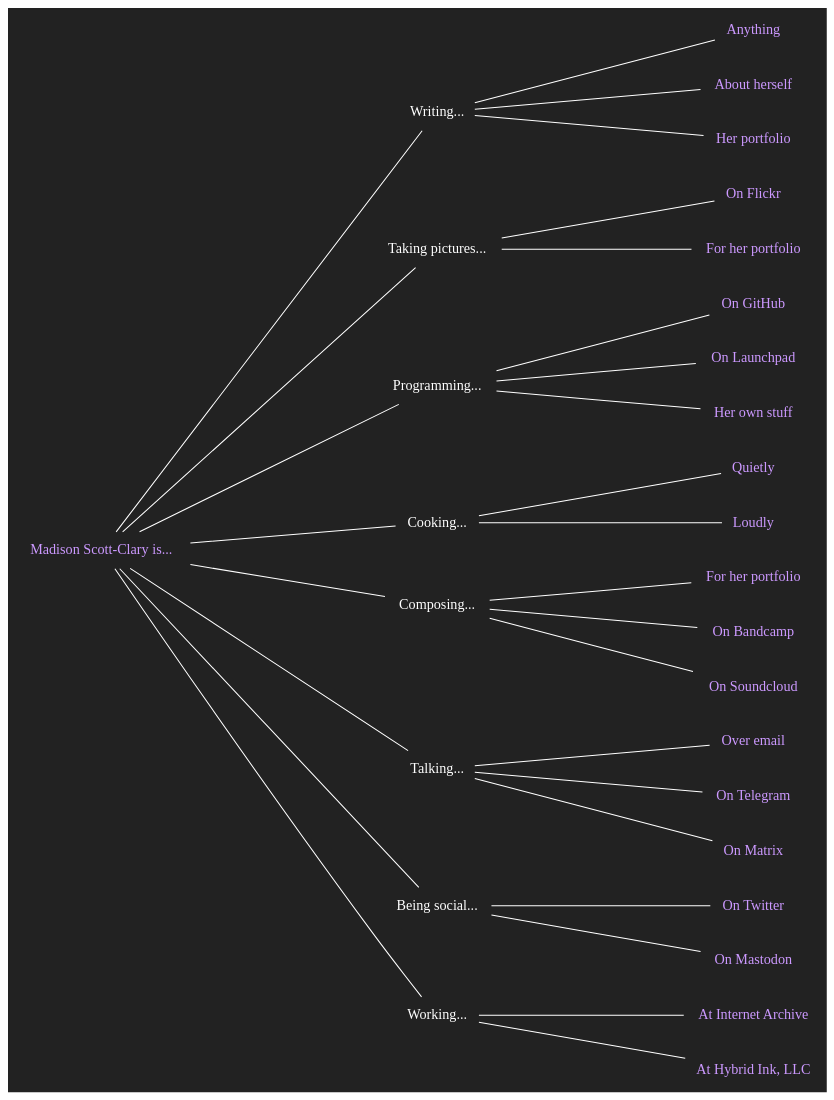
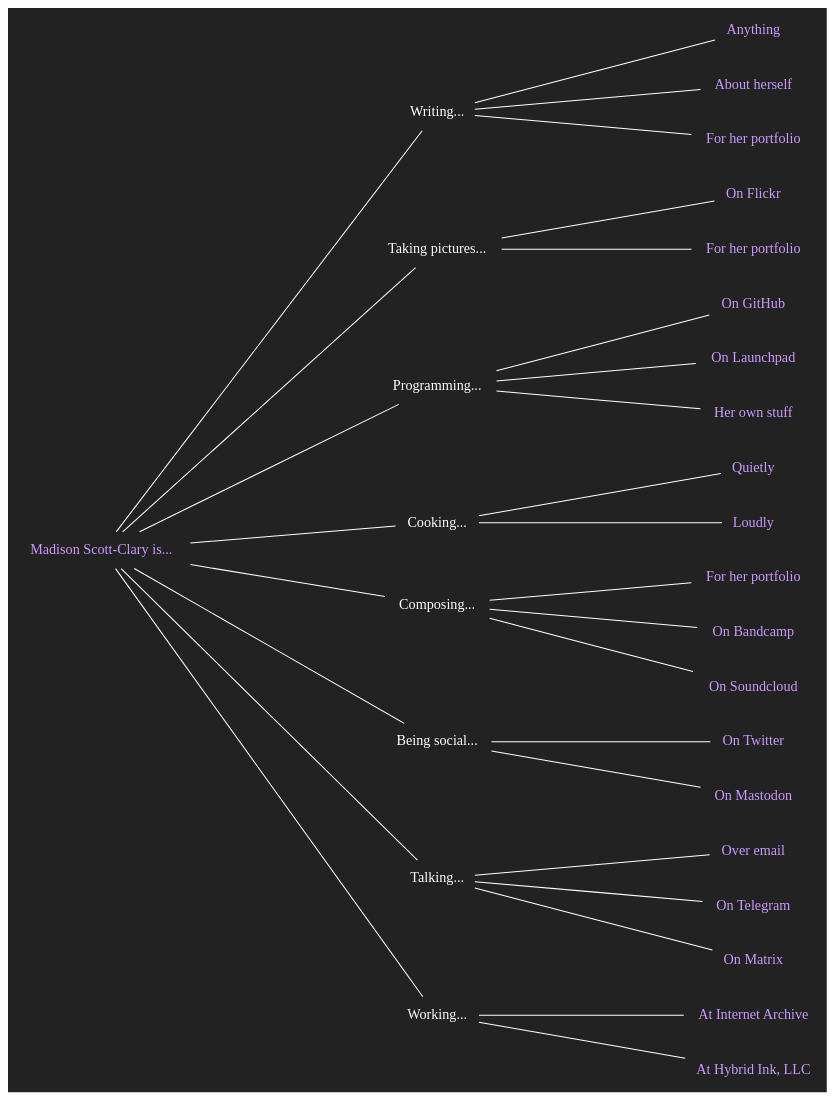
The diagram in is.dot (makyo/makyo.is), drawn with Graphviz before and after one commit. The commit also changed 5 other files, not shown here.

Commit message:
OG, headers, Makefile, sort graph

```diff
--- a/is.dot
+++ b/is.dot
@@ -1,71 +1,71 @@
 graph is {
     node[shape="none",fontcolor="#ffffff",color="#ffffff",fontname="Helvetica bold"]
     edge[color="#ffffff"]
     graph[bgcolor="#222222",label="",margin="0",rankdir="LR",ranksep=2.5]
 
     copula [label="Madison Scott-Clary is...",fontcolor="#cc99ff",href="https://drab-makyo.com"]
 
     writing [label="Writing..."]
     writing_anything [label="Anything",fontcolor="#cc99ff",href="https://writing.drab-makyo.com"]
     writing_ally [label="About herself",fontcolor="#cc99ff",href="https://ally.id"]
-    writing_portfolio [label="Her portfolio",fontcolor="#cc99ff",href="https://makyo.ink"]
+    writing_portfolio [label="For her portfolio",fontcolor="#cc99ff",href="https://makyo.ink"]
     copula -- writing
     writing -- writing_anything
     writing -- writing_ally
     writing -- writing_portfolio
 
     photography [label="Taking pictures..."]
     photography_flickr [label="On Flickr",fontcolor="#cc99ff",href="https://flickr.com/photos/ranna"]
     photography_portfolio [label="For her portfolio",fontcolor="#cc99ff",href="https://makyo.photography"]
     copula -- photography
     photography -- photography_portfolio
     photography -- photography_flickr
 
     programming [label="Programming..."]
     programming_github [label="On GitHub",fontcolor="#cc99ff",href="https://github.com/makyo"]
     programming_launchpad [label="On Launchpad",fontcolor="#cc99ff",href="https://launchpad.net/~makyo"]
     programming_personal [label="Her own stuff",fontcolor="#cc99ff",href="https://makyo.dev"]
     copula -- programming
     programming -- programming_github
     programming -- programming_launchpad
     programming -- programming_personal
 
     cooking [label="Cooking..."]
     cooking_quietly [label="Quietly",fontcolor="#cc99ff",href="https://makyo.cooking"]
     cooking_loudly [label="Loudly",fontcolor="#cc99ff",href="https://mealtime.with.maddypa.ws"]
     copula -- cooking
     cooking -- cooking_quietly
     cooking -- cooking_loudly
 
     composing [label="Composing..."]
     composing_portfolio [label="For her portfolio",fontcolor="#cc99ff",href="https://sounds.drab-makyo.com"]
     composing_bandcamp [label="On Bandcamp",fontcolor="#cc99ff",href="https://drab-makyo.bandcamp.com"]
     composing_soundcloud [label="On Soundcloud",fontcolor="#cc99ff",href="https://soundcloud.com/drabmakyo"]
     copula -- composing
     composing -- composing_portfolio
     composing -- composing_bandcamp
     composing -- composing_soundcloud
 
+    social [label="Being social..."]
+    social_twitter [label="On Twitter",fontcolor="#cc99ff",href="https://twitter.com/drab_makyo"]
+    social_mastodon [label="On Mastodon",fontcolor="#cc99ff",href="https://snouts.online/@makyo"]
+    copula -- social
+    social -- social_twitter
+    social -- social_mastodon
+
     talking [label="Talking..."]
     talking_email [label="Over email",fontcolor="#cc99ff",href="mailto:makyo@drab-makyo.com"]
     talking_telegram [label="On Telegram",fontcolor="#cc99ff",href="https://t.me/DrabMakyo"]
     talking_matrix [label="On Matrix",fontcolor="#cc99ff",href="https://matrix.to/#/@makyo:drab-makyo.com"]
     copula -- talking
     talking -- talking_email
     talking -- talking_telegram
     talking -- talking_matrix
 
-    social [label="Being social..."]
-    social_twitter [label="On Twitter",fontcolor="#cc99ff",href="https://twitter.com/drab_makyo"]
-    social_mastodon [label="On Mastodon",fontcolor="#cc99ff",href="https://snouts.online/@makyo"]
-    copula -- social
-    social -- social_twitter
-    social -- social_mastodon
-
     working [label="Working..."]
     working_current [label="At Internet Archive",fontcolor="#cc99ff",href="https://archive.org"]
     working_hybrid [label="At Hybrid Ink, LLC",fontcolor="#cc99ff",href="https://hybrid.ink"]
     copula -- working
     working -- working_current
     working -- working_hybrid
 }
```
